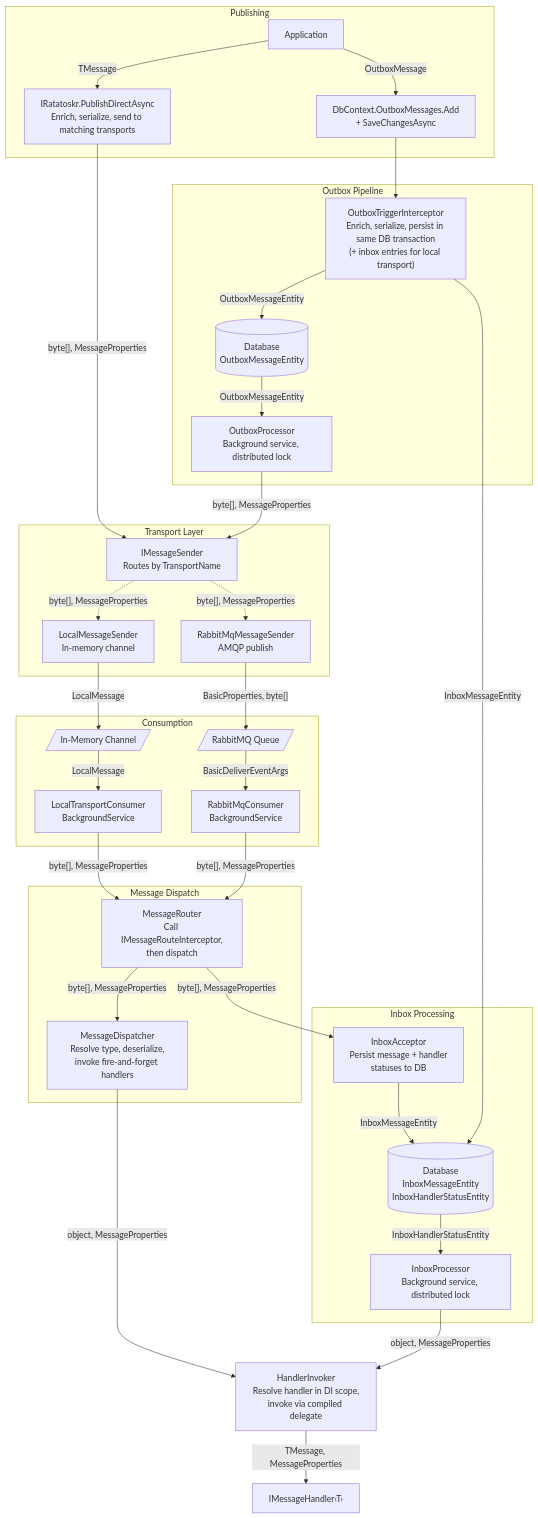
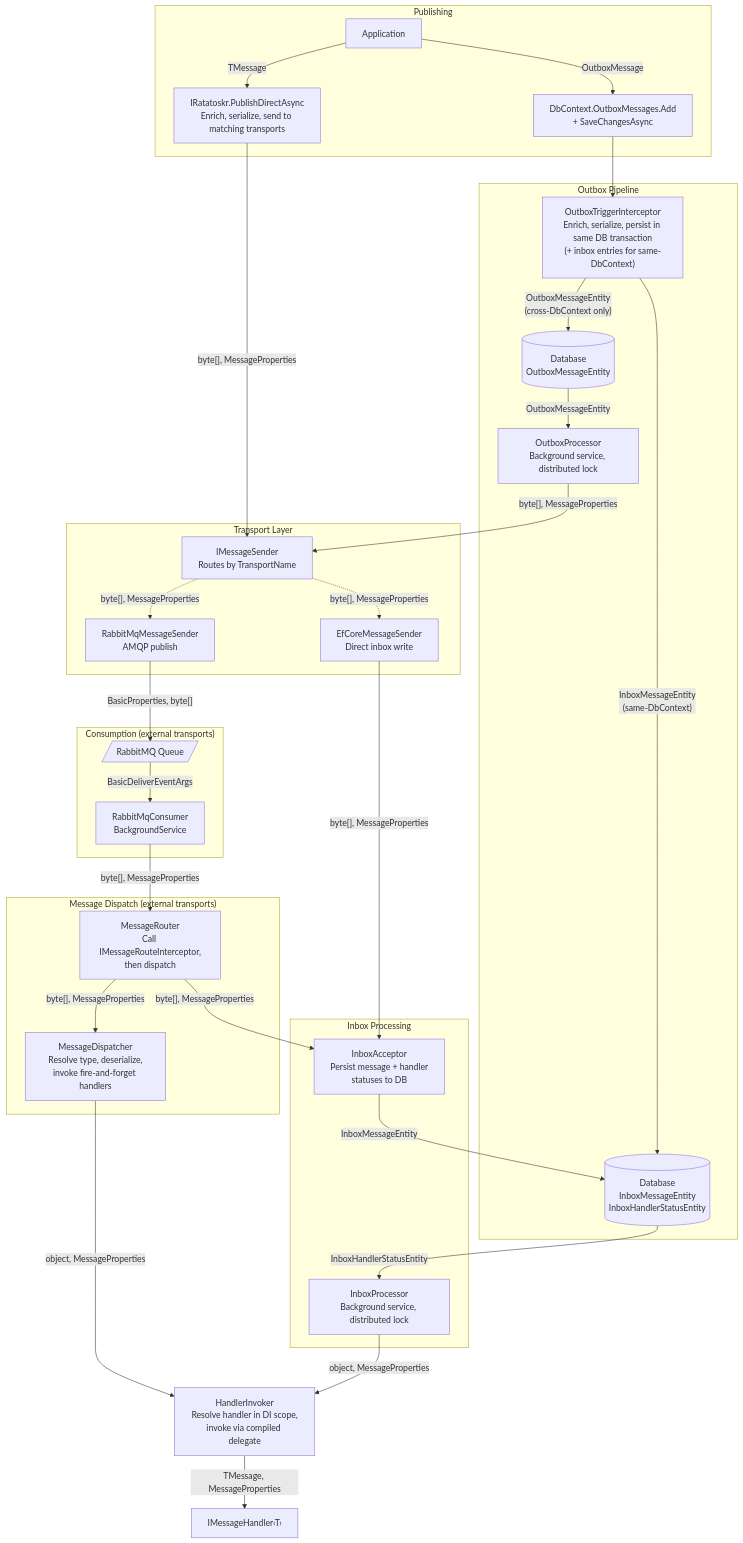
One commit to saithis/Ratatoskr changed the second of 8 diagrams in docs/architecture.md. Above: the diagram before and after it, drawn with Mermaid. The commit also changed other lines of this file and 37 other files, not shown here.

Commit message:
feat: replaced local transport with efcore transport

````diff
--- a/docs/architecture.md
+++ b/docs/architecture.md
@@ -59,70 +58,66 @@
 ```mermaid
 flowchart TD
     subgraph Publish ["Publishing"]
         App["Application"]
         Direct["IRatatoskr.PublishDirectAsync<br/>Enrich, serialize, send to matching transports"]
         Outbox["DbContext.OutboxMessages.Add<br/>+ SaveChangesAsync"]
 
         App -->|"TMessage"| Direct
         App -->|"OutboxMessage"| Outbox
     end
 
     subgraph OutboxPipeline ["Outbox Pipeline"]
-        Interceptor["OutboxTriggerInterceptor<br/>Enrich, serialize, persist in same DB transaction<br/>(+ inbox entries for local transport)"]
+        Interceptor["OutboxTriggerInterceptor<br/>Enrich, serialize, persist in same DB transaction<br/>(+ inbox entries for same-DbContext)"]
         OutboxDB[("Database<br/>OutboxMessageEntity")]
         OutboxProc["OutboxProcessor<br/>Background service, distributed lock"]
 
         Outbox --> Interceptor
-        Interceptor -->|"OutboxMessageEntity"| OutboxDB
+        Interceptor -->|"OutboxMessageEntity<br/>(cross-DbContext only)"| OutboxDB
+        Interceptor -->|"InboxMessageEntity<br/>(same-DbContext)"| InboxDB
         OutboxDB -->|"OutboxMessageEntity"| OutboxProc
     end
 
     subgraph Transport ["Transport Layer"]
         SenderInterface["IMessageSender<br/>Routes by TransportName"]
-        Local["LocalMessageSender<br/>In-memory channel"]
+        EfCoreSend["EfCoreMessageSender<br/>Direct inbox write"]
         RmqSend["RabbitMqMessageSender<br/>AMQP publish"]
 
         Direct -->|"byte[], MessageProperties"| SenderInterface
         OutboxProc -->|"byte[], MessageProperties"| SenderInterface
-        SenderInterface -.->|"byte[], MessageProperties"| Local
+        SenderInterface -.->|"byte[], MessageProperties"| EfCoreSend
         SenderInterface -.->|"byte[], MessageProperties"| RmqSend
     end
 
-    subgraph Consume ["Consumption"]
-        InMemCh[/"In-Memory Channel"/]
+    subgraph Consume ["Consumption (external transports)"]
         RmqQueue[/"RabbitMQ Queue"/]
-        LocalConsumer["LocalTransportConsumer<br/>BackgroundService"]
         RmqConsumer["RabbitMqConsumer<br/>BackgroundService"]
 
-        Local -->|"LocalMessage"| InMemCh
         RmqSend -->|"BasicProperties, byte[]"| RmqQueue
-        InMemCh -->|"LocalMessage"| LocalConsumer
         RmqQueue -->|"BasicDeliverEventArgs"| RmqConsumer
     end
 
-    subgraph Dispatch ["Message Dispatch"]
+    subgraph Dispatch ["Message Dispatch (external transports)"]
         Router["MessageRouter<br/>Call IMessageRouteInterceptor,<br/>then dispatch"]
         Dispatcher["MessageDispatcher<br/>Resolve type, deserialize,<br/>invoke fire-and-forget handlers"]
 
-        LocalConsumer -->|"byte[], MessageProperties"| Router
         RmqConsumer -->|"byte[], MessageProperties"| Router
         Router -->|"byte[], MessageProperties"| Dispatcher
     end
 
     subgraph Inbox ["Inbox Processing"]
         InboxAccept["InboxAcceptor<br/>Persist message + handler<br/>statuses to DB"]
         InboxDB[("Database<br/>InboxMessageEntity<br/>InboxHandlerStatusEntity")]
         InboxProc["InboxProcessor<br/>Background service, distributed lock"]
 
-        Interceptor -->|"InboxMessageEntity"| InboxDB
+        EfCoreSend -->|"byte[], MessageProperties"| InboxAccept
         Router -->|"byte[], MessageProperties"| InboxAccept
         InboxAccept -->|"InboxMessageEntity"| InboxDB
         InboxDB -->|"InboxHandlerStatusEntity"| InboxProc
     end
 
     Invoker["HandlerInvoker<br/>Resolve handler in DI scope,<br/>invoke via compiled delegate"]
     Handler["IMessageHandler‹T›"]
     Dispatcher -->|"object, MessageProperties"| Invoker
     InboxProc -->|"object, MessageProperties"| Invoker
     Invoker -->|"TMessage, MessageProperties"| Handler
 ```
````
